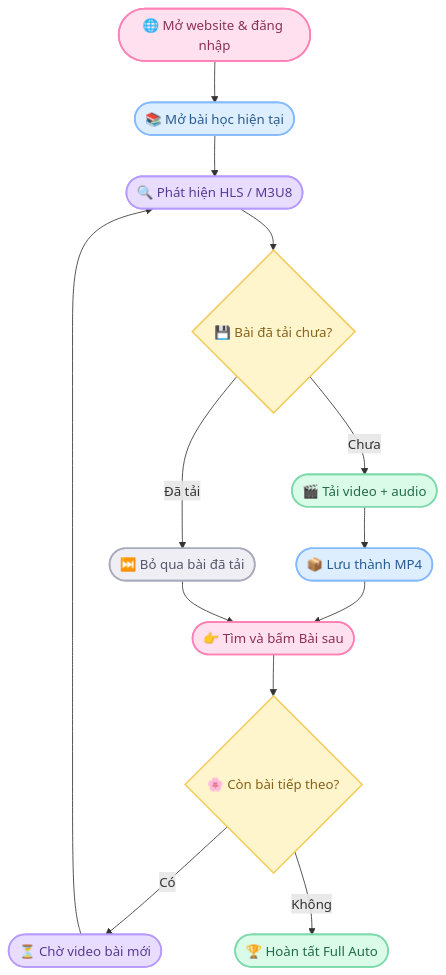
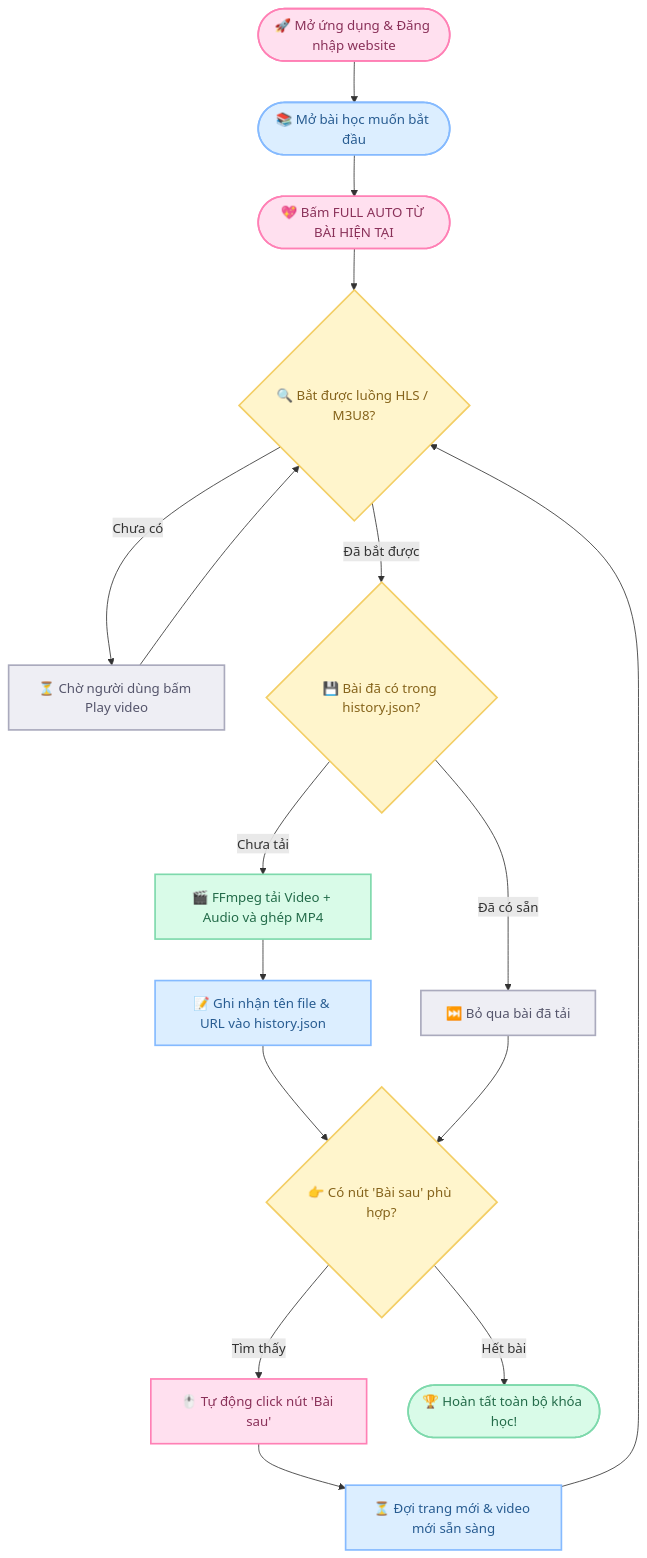
One commit to phanleon/Gr_2 changed the diagram in README.md. Above: the diagram before and after it, drawn with Mermaid. The commit also changed other lines of this file and 12 other files, not shown here.

````diff
--- a/README.md
+++ b/README.md
@@ -60,28 +76,34 @@
 ```mermaid
 flowchart TD
-    A(["🌐 Mở website & đăng nhập"]):::pink
-    B(["📚 Mở bài học hiện tại"]):::blue
-    C(["🔍 Phát hiện HLS / M3U8"]):::purple
-    D{"💾 Bài đã tải chưa?"}:::yellow
-    E(["🎬 Tải video + audio"]):::mint
-    F(["📦 Lưu thành MP4"]):::blue
-    G(["👉 Tìm và bấm Bài sau"]):::pink
-    H{"🌸 Còn bài tiếp theo?"}:::yellow
-    I(["⏳ Chờ video bài mới"]):::purple
-    J(["🏆 Hoàn tất Full Auto"]):::mint
-    K(["⏭️ Bỏ qua bài đã tải"]):::gray
+    Start(["🚀 Mở ứng dụng & Đăng nhập website"]):::pink
+    OpenLesson(["📚 Mở bài học muốn bắt đầu"]):::blue
+    ClickAuto(["💖 Bấm FULL AUTO TỪ BÀI HIỆN TẠI"]):::pink
+    
+    Detect{"🔍 Bắt được luồng HLS / M3U8?"}:::yellow
+    WaitStream["⏳ Chờ người dùng bấm Play video"]:::gray
+    
+    CheckHistory{"💾 Bài đã có trong history.json?"}:::yellow
+    DownloadVid["🎬 FFmpeg tải Video + Audio và ghép MP4"]:::mint
+    SaveHistory["📝 Ghi nhận tên file & URL vào history.json"]:::blue
+    SkipVid["⏭️ Bỏ qua bài đã tải"]:::gray
+    
+    FindNext{"👉 Có nút 'Bài sau' phù hợp?"}:::yellow
+    ClickNext["🖱️ Tự động click nút 'Bài sau'"]:::pink
+    WaitLoad["⏳ Đợi trang mới & video mới sẵn sàng"]:::blue
+    Finish(["🏆 Hoàn tất toàn bộ khóa học!"]):::mint
 
-    A --> B --> C --> D
-    D -- Chưa --> E --> F --> G
-    D -- Đã tải --> K --> G
-    G --> H
-    H -- Có --> I --> C
-    H -- Không --> J
+    Start --> OpenLesson --> ClickAuto --> Detect
+    Detect -- Chưa có --> WaitStream --> Detect
+    Detect -- Đã bắt được --> CheckHistory
+    CheckHistory -- Chưa tải --> DownloadVid --> SaveHistory --> FindNext
+    CheckHistory -- Đã có sẵn --> SkipVid --> FindNext
+    FindNext -- Tìm thấy --> ClickNext --> WaitLoad --> Detect
+    FindNext -- Hết bài --> Finish
 
     classDef pink fill:#FFE0EF,stroke:#FF80B5,color:#8A3159,stroke-width:2px
     classDef purple fill:#E9DDFF,stroke:#B69AFF,color:#563C91,stroke-width:2px
     classDef blue fill:#DCEEFF,stroke:#85BAFF,color:#285C91,stroke-width:2px
     classDef mint fill:#D9FBE8,stroke:#7ED9AC,color:#236B49,stroke-width:2px
     classDef yellow fill:#FFF5CC,stroke:#F3CE65,color:#85631B,stroke-width:2px
     classDef gray fill:#EEEEF4,stroke:#AAAABD,color:#55556B,stroke-width:2px
 ```
````
